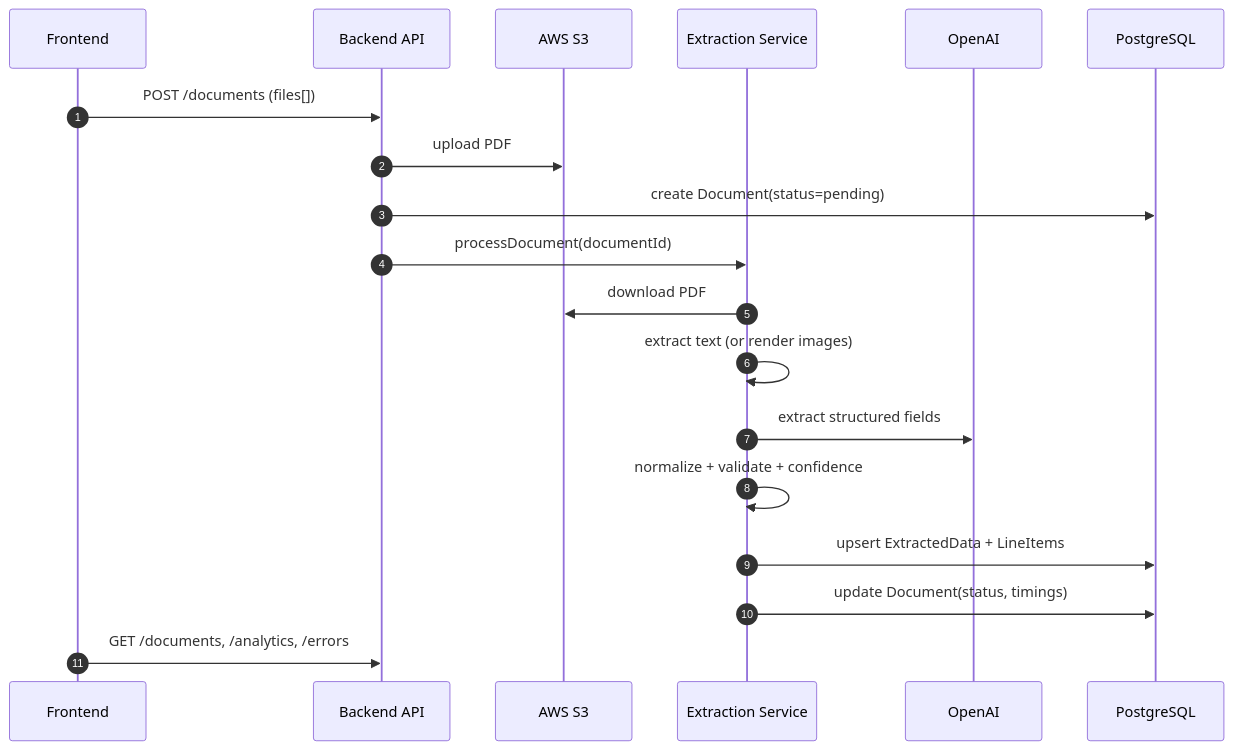
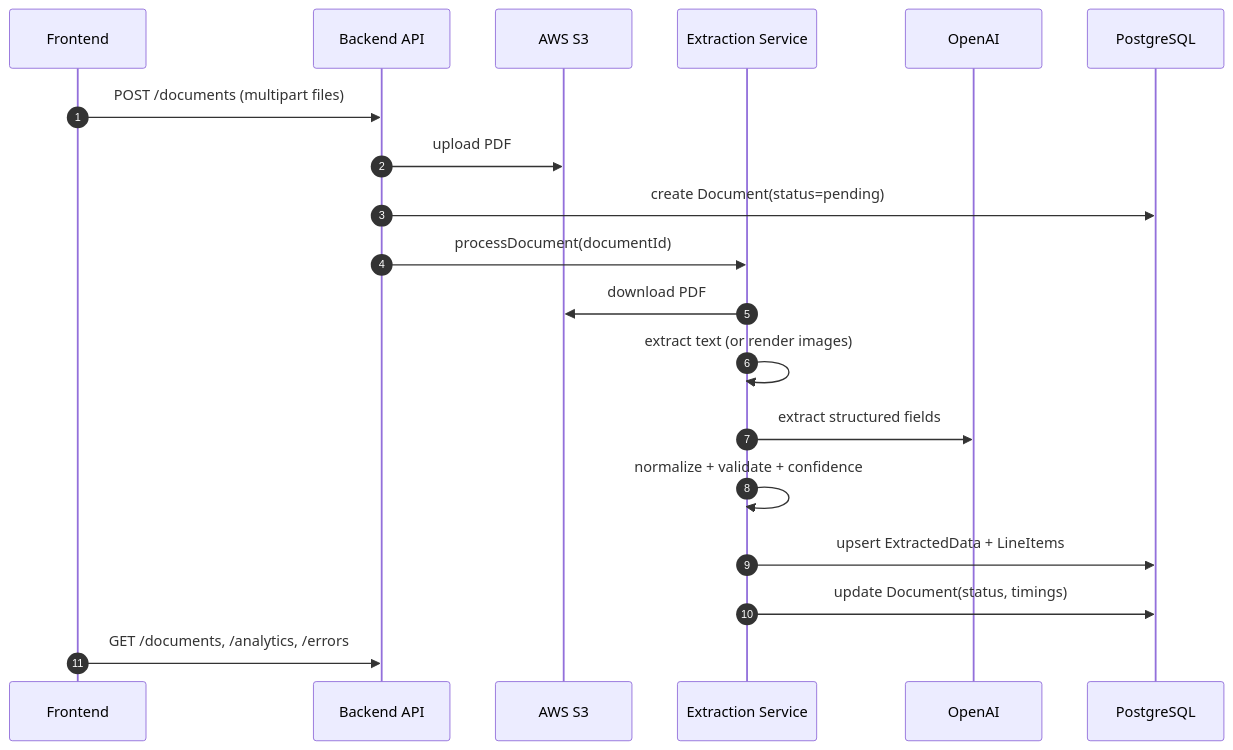
The third of 3 diagrams in README.md (dharwee/Invoice-system), drawn with Mermaid before and after one commit. The commit also changed other lines of this file, not shown here.

````diff
--- a/README.md
+++ b/README.md
@@ -216,22 +219,22 @@
 ```mermaid
 sequenceDiagram
   autonumber
   participant FE as Frontend
   participant API as Backend API
   participant S3 as AWS S3
   participant EXT as Extraction Service
   participant AI as OpenAI
   participant DB as PostgreSQL
 
-  FE->>API: POST /documents (files[])
+  FE->>API: POST /documents (multipart files)
   API->>S3: upload PDF
   API->>DB: create Document(status=pending)
   API->>EXT: processDocument(documentId)
   EXT->>S3: download PDF
   EXT->>EXT: extract text (or render images)
   EXT->>AI: extract structured fields
   EXT->>EXT: normalize + validate + confidence
   EXT->>DB: upsert ExtractedData + LineItems
   EXT->>DB: update Document(status, timings)
   FE->>API: GET /documents, /analytics, /errors
 ```
````
